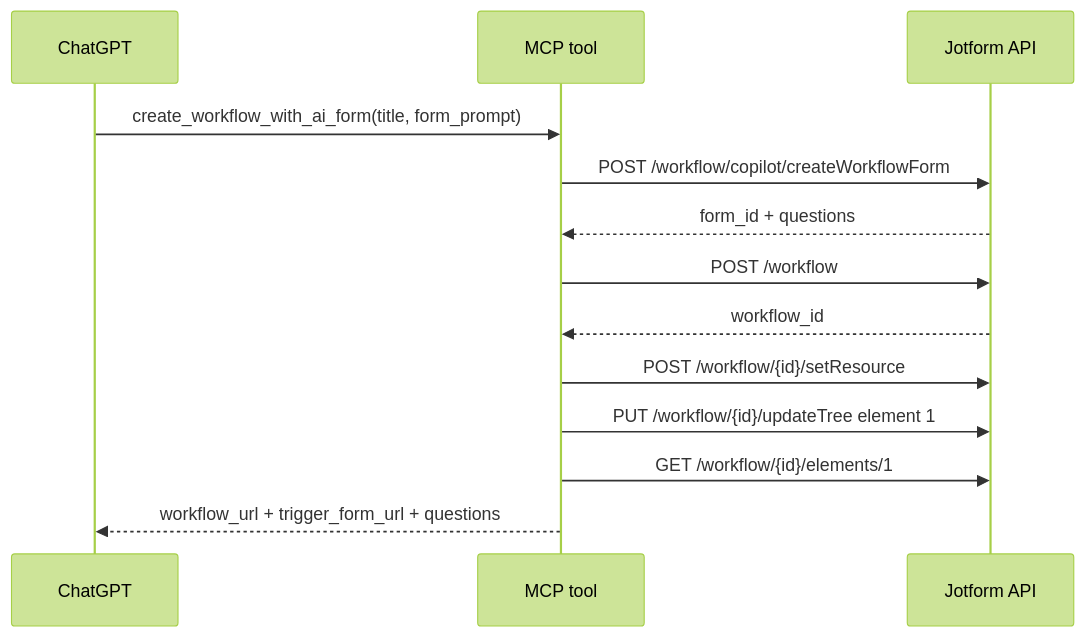
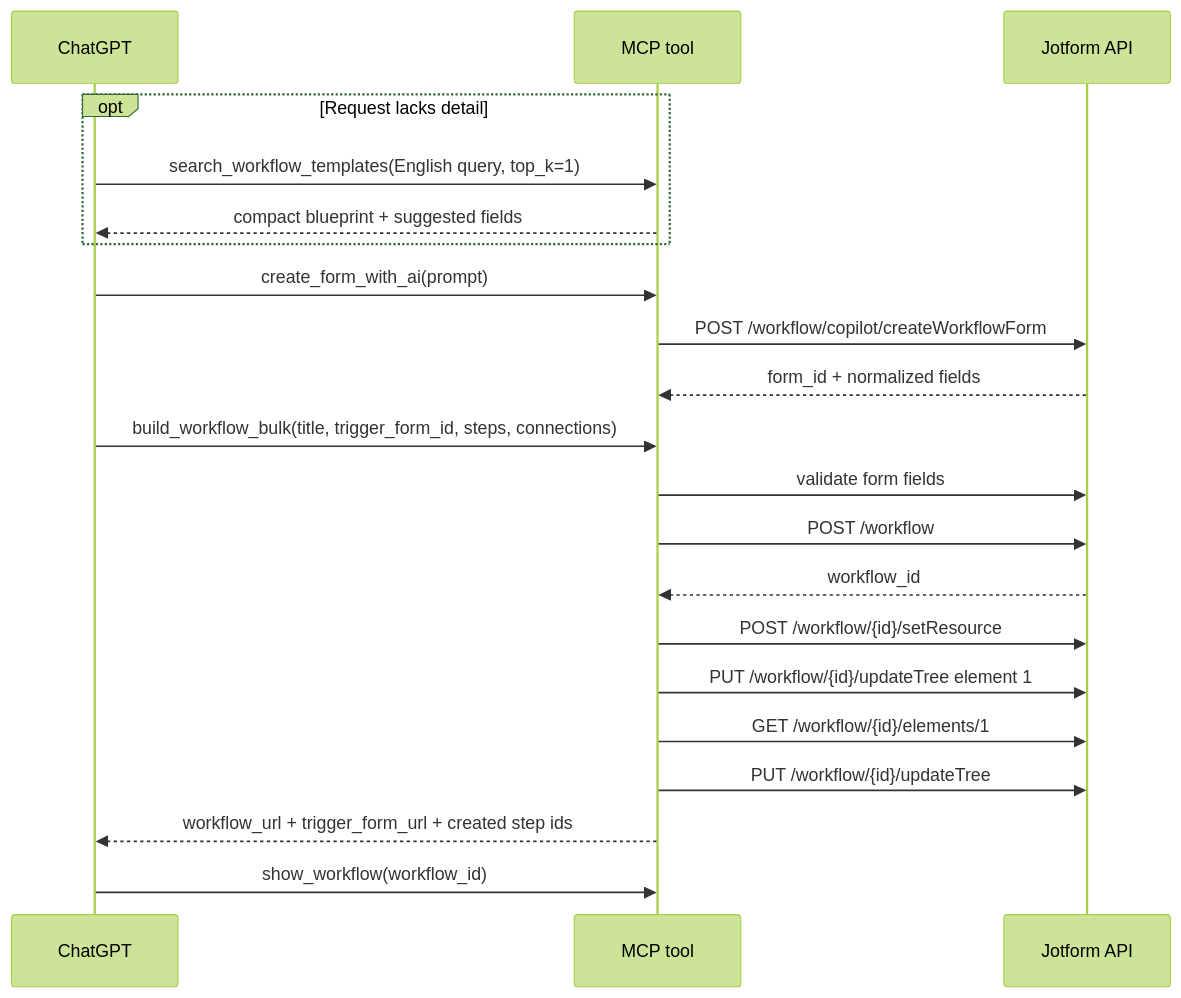
The ninth of 12 diagrams in docs/mcp-flow-deep-dive.md (msukruavci/jotform-workflow-mcp), drawn with Mermaid (forest theme) before and after one commit. The commit also changed other lines of this file and 52 other files, not shown here.

Commit message:
feat: enhance MCP server with strict read-back verification, AI form prompt simplification, and robust idempotency/audit mechanisms

````diff
--- a/docs/mcp-flow-deep-dive.md
+++ b/docs/mcp-flow-deep-dive.md
@@ -582,15 +582,23 @@
 ```mermaid
 sequenceDiagram
     participant C as ChatGPT
     participant MCP as MCP tool
     participant API as Jotform API
-    C->>MCP: create_workflow_with_ai_form(title, form_prompt)
+    opt Request lacks detail
+        C->>MCP: search_workflow_templates(English query, top_k=1)
+        MCP-->>C: compact blueprint + suggested fields
+    end
+    C->>MCP: create_form_with_ai(prompt)
     MCP->>API: POST /workflow/copilot/createWorkflowForm
-    API-->>MCP: form_id + questions
+    API-->>MCP: form_id + normalized fields
+    C->>MCP: build_workflow_bulk(title, trigger_form_id, steps, connections)
+    MCP->>API: validate form fields
     MCP->>API: POST /workflow
     API-->>MCP: workflow_id
     MCP->>API: POST /workflow/{id}/setResource
     MCP->>API: PUT /workflow/{id}/updateTree element 1
     MCP->>API: GET /workflow/{id}/elements/1
-    MCP-->>C: workflow_url + trigger_form_url + questions
+    MCP->>API: PUT /workflow/{id}/updateTree
+    MCP-->>C: workflow_url + trigger_form_url + created step ids
+    C->>MCP: show_workflow(workflow_id)
 ```
````
